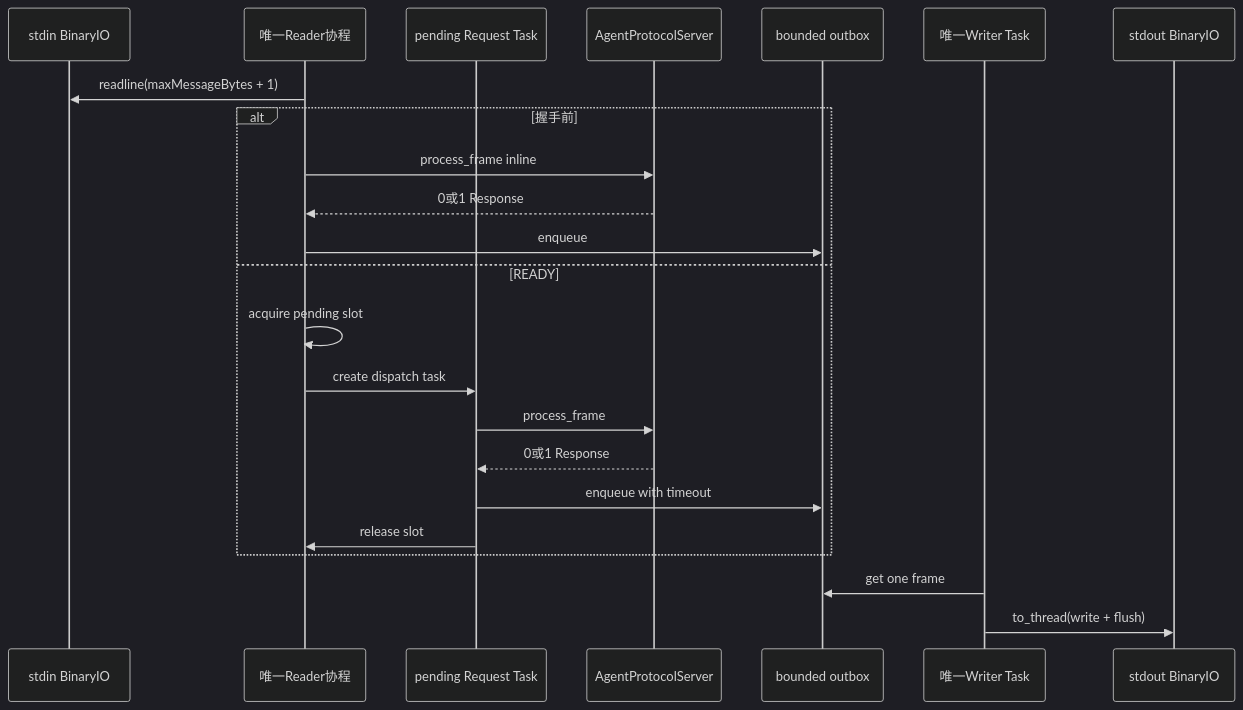
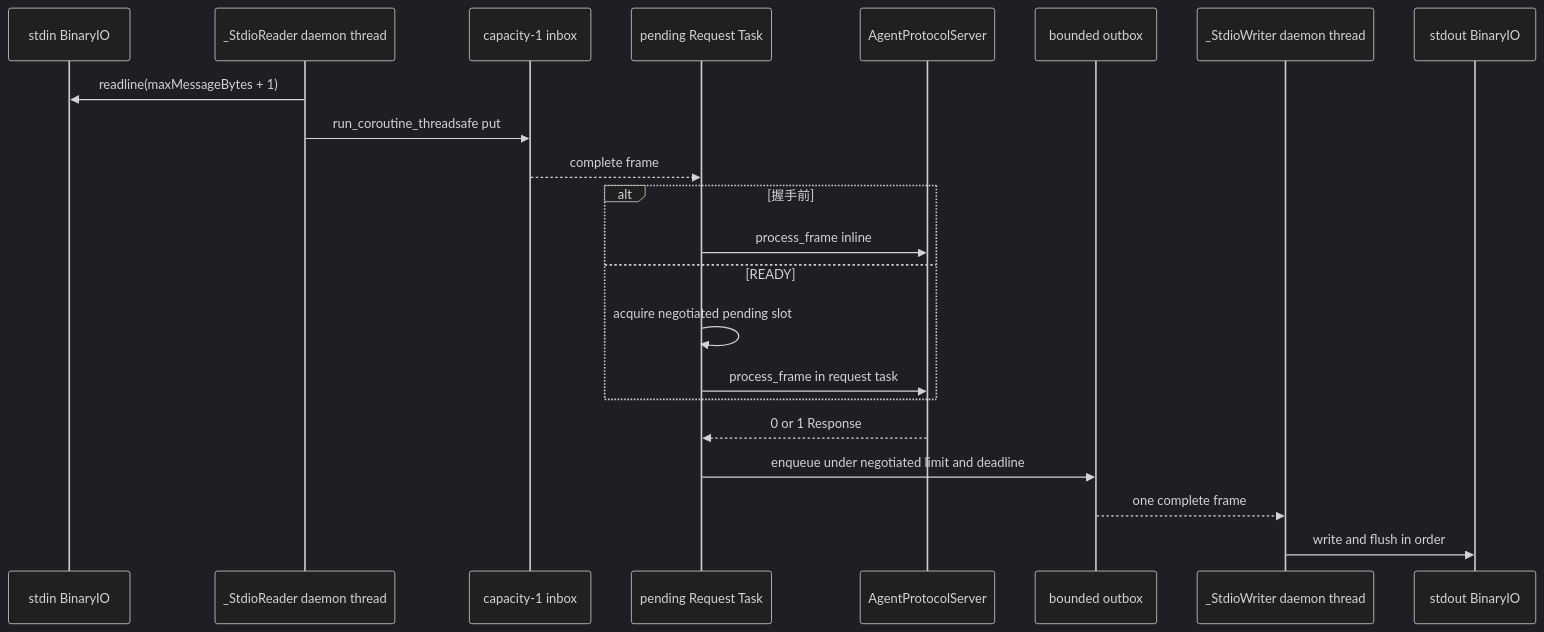
One commit to carrie1988/Harnessix changed the ninth of 14 diagrams in docs/modules/app-server.md. Above: the diagram before and after it, drawn with Mermaid (dark theme). The commit also changed other lines of this file and 12 other files, not shown here.

````diff
--- a/docs/modules/app-server.md
+++ b/docs/modules/app-server.md
@@ -587,25 +588,24 @@
 ```mermaid
 sequenceDiagram
     participant I as stdin BinaryIO
-    participant R as 唯一Reader协程
+    participant R as _StdioReader daemon thread
+    participant M as capacity-1 inbox
     participant P as pending Request Task
     participant S as AgentProtocolServer
     participant Q as bounded outbox
-    participant W as 唯一Writer Task
+    participant W as _StdioWriter daemon thread
     participant O as stdout BinaryIO
     R->>I: readline(maxMessageBytes + 1)
+    R->>M: run_coroutine_threadsafe put
+    M-->>P: complete frame
     alt 握手前
-        R->>S: process_frame inline
-        S-->>R: 0或1 Response
-        R->>Q: enqueue
+        P->>S: process_frame inline
     else READY
-        R->>R: acquire pending slot
-        R->>P: create dispatch task
-        P->>S: process_frame
-        S-->>P: 0或1 Response
-        P->>Q: enqueue with timeout
-        P->>R: release slot
+        P->>P: acquire negotiated pending slot
+        P->>S: process_frame in request task
     end
-    W->>Q: get one frame
-    W->>O: to_thread(write + flush)
+    S-->>P: 0 or 1 Response
+    P->>Q: enqueue under negotiated limit and deadline
+    Q-->>W: one complete frame
+    W->>O: write and flush in order
 ```
````
